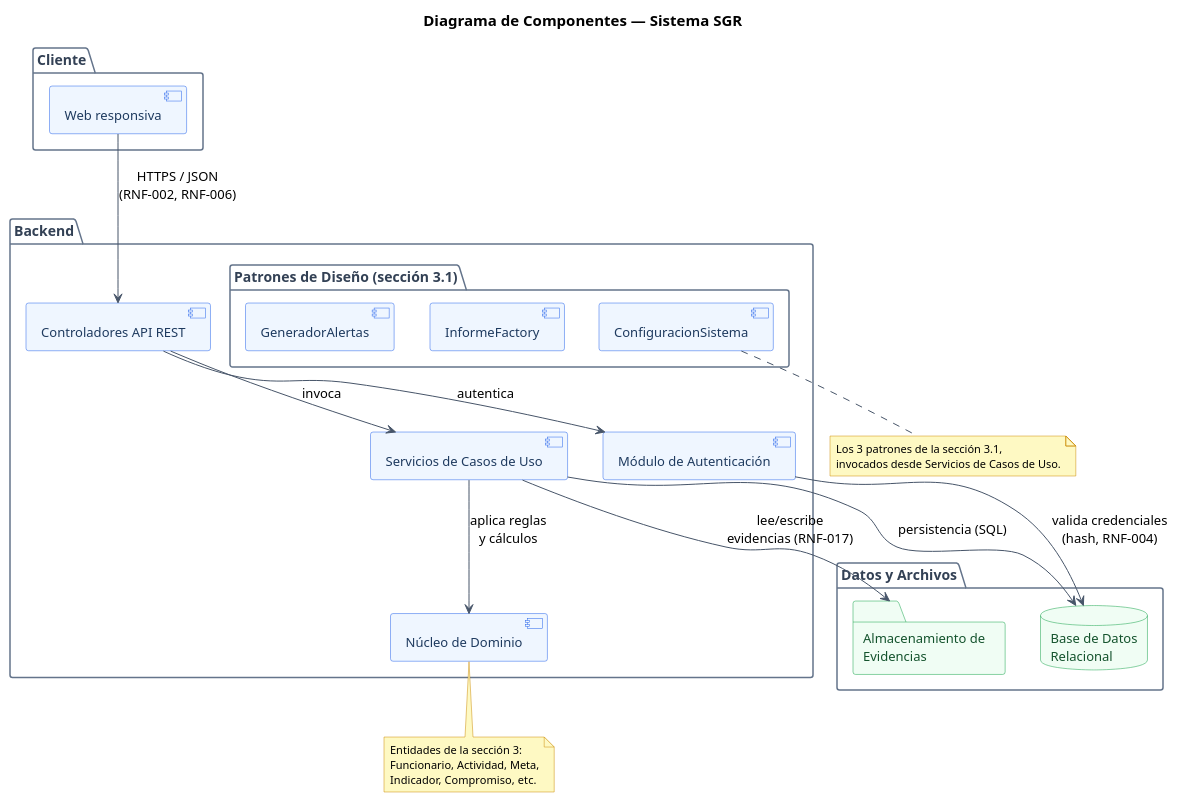
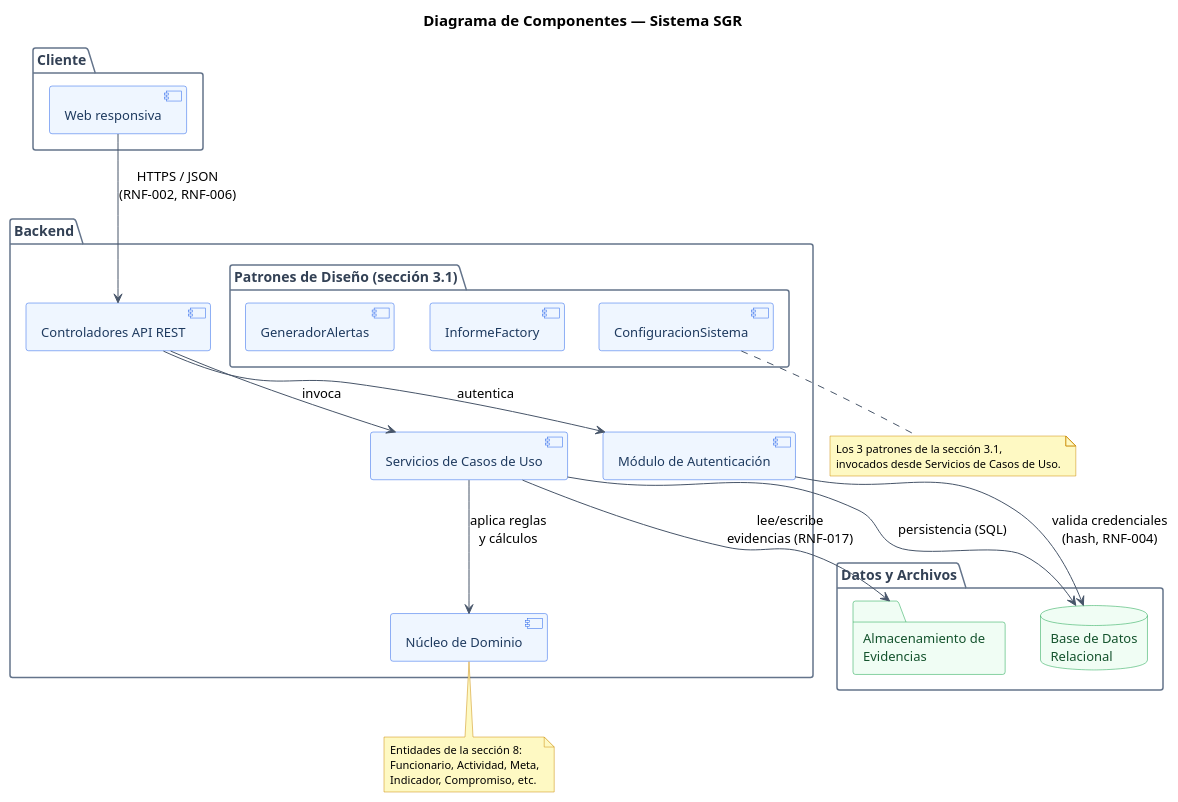
The diagram in assets/actividad-3/componentes.puml (Ren-reno/ev1), drawn with PlantUML before and after one commit. The commit also changed 3 other files, not shown here.

Commit message:
Cambie el fondo del diagrama de clases a color blanco tambien cambie de nombre la relacionde compromiso y delegacion a pertenece a , tambien corregi la nota del diagrama de componentes del issue 5

```diff
--- a/assets/actividad-3/componentes.puml
+++ b/assets/actividad-3/componentes.puml
@@ -1,77 +1,77 @@
 @startuml componentes
 skinparam backgroundColor white
 skinparam shadowing false
 skinparam component {
   BackgroundColor #EFF6FF
   BorderColor #2563EB
   FontColor #1E3A5F
   FontSize 13
 }
 skinparam package {
   BorderColor #64748B
   FontColor #334155
   FontStyle bold
 }
 skinparam database {
   BackgroundColor #F0FDF4
   BorderColor #16A34A
   FontColor #14532D
   FontSize 13
 }
 skinparam folder {
   BackgroundColor #F0FDF4
   BorderColor #16A34A
   FontColor #14532D
   FontSize 13
 }
 skinparam note {
   BackgroundColor #FEF9C3
   BorderColor #CA8A04
   FontSize 11
 }
 skinparam ArrowColor #475569
 skinparam TitleFontSize 15
 
 title Diagrama de Componentes — Sistema SGR
 
 package "Cliente" {
   [Web responsiva] as WEB
 }
 
 package "Backend" {
   [Controladores API REST] as API
   [Servicios de Casos de Uso] as SERV
   package "Patrones de Diseño (sección 3.1)" {
     [ConfiguracionSistema] as SINGLETON
     [InformeFactory] as FACTORY
     [GeneradorAlertas] as OBSERVER
   }
   [Módulo de Autenticación] as AUTH
   [Núcleo de Dominio] as DOM
 }
 
 package "Datos y Archivos" {
   database "Base de Datos\nRelacional" as BD
   folder "Almacenamiento de\nEvidencias" as FILES
 }
 
 WEB --> API : HTTPS / JSON\n(RNF-002, RNF-006)
 API --> SERV : invoca
 API --> AUTH : autentica
 SERV --> DOM : aplica reglas\ny cálculos
 SERV --> BD : persistencia (SQL)
 SERV --> FILES : lee/escribe\nevidencias (RNF-017)
 AUTH --> BD : valida credenciales\n(hash, RNF-004)
 
 note bottom of DOM
-  Entidades de la sección 3:
+  Entidades de la sección 8:
   Funcionario, Actividad, Meta,
   Indicador, Compromiso, etc.
 end note
 
 note bottom of SINGLETON
   Los 3 patrones de la sección 3.1,
   invocados desde Servicios de Casos de Uso.
 end note
 
 @enduml
```
